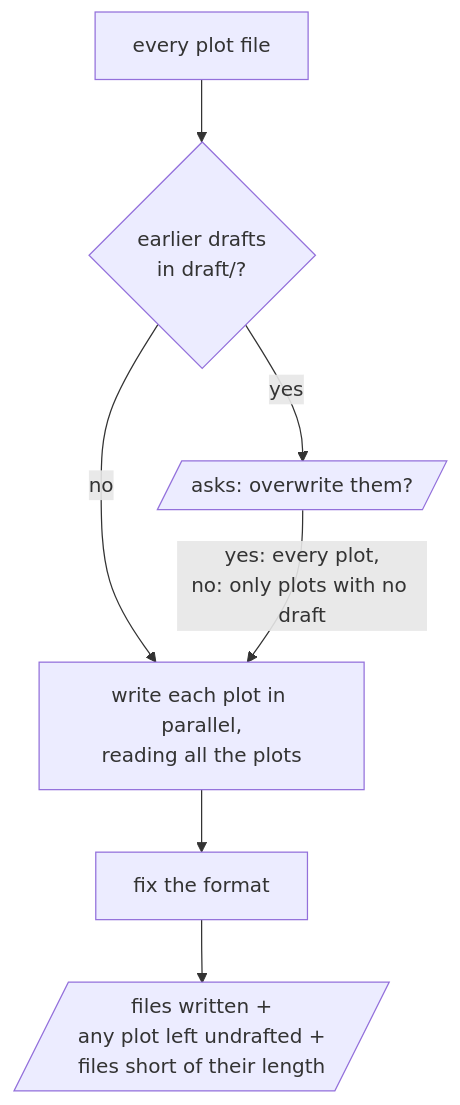
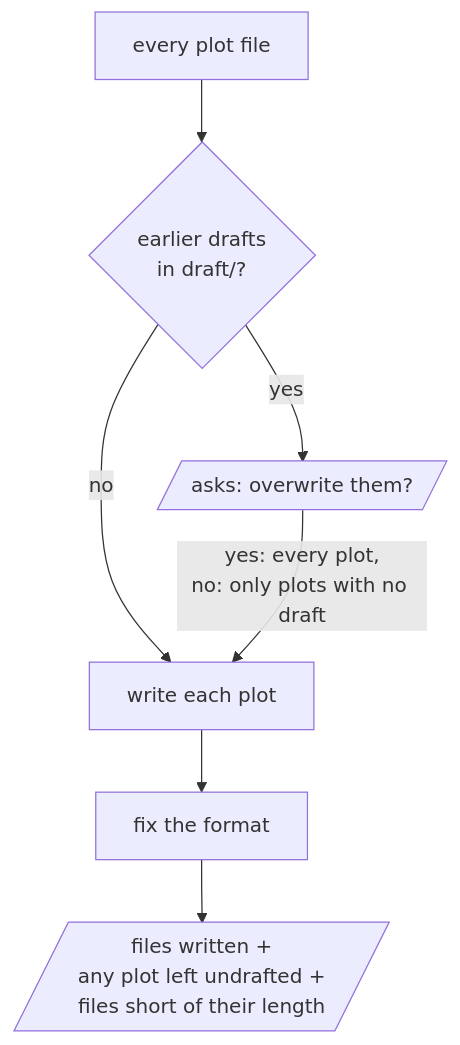
The diagram in domains/story/skills/draft-all/README.md (omni-stove/skill-kit), drawn with Mermaid before and after one commit. The commit also changed other lines of this file and 112 other files, not shown here.

````diff
--- a/domains/story/skills/draft-all/README.md
+++ b/domains/story/skills/draft-all/README.md
@@ -7,9 +3,9 @@
 ```mermaid
 flowchart TD
   input[every plot file] --> exists{earlier drafts<br/>in draft/?}
   exists -- "yes" --> ask[/asks: overwrite them?/]
   exists -- "no" --> write
-  ask -- "yes: every plot,<br/>no: only plots with no draft" --> write[write each plot in parallel,<br/>reading all the plots]
+  ask -- "yes: every plot,<br/>no: only plots with no draft" --> write[write each plot]
   write --> format[fix the format]
   format --> done[/"files written +<br/>any plot left undrafted +<br/>files short of their length"/]
 ```
````
